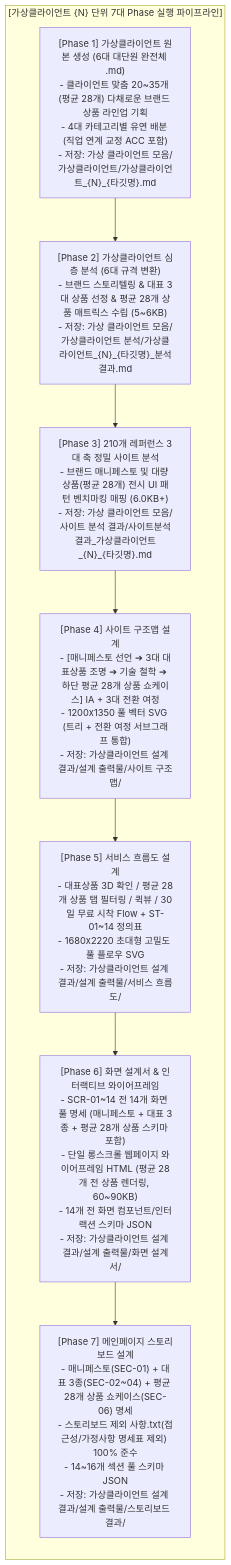
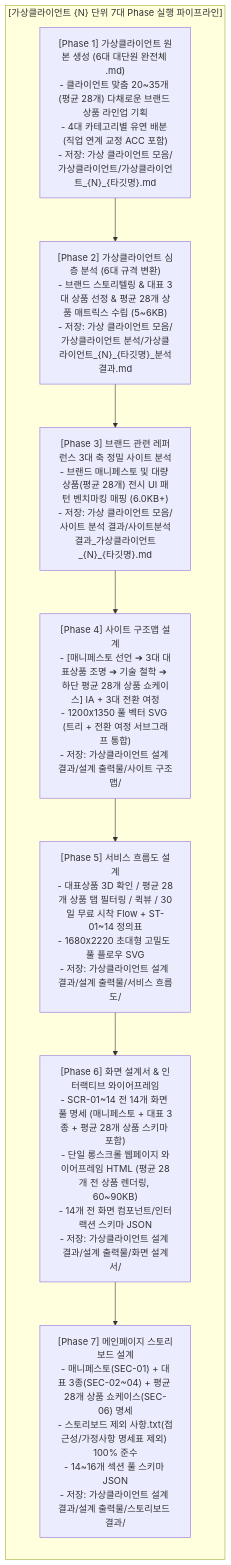
Before and after one commit to dladusdn4562-bot/wireframe: the diagram in md_skill/통합_자동화/SKILL.md, drawn with Mermaid. The commit also changed other lines of this file and 21 other files, not shown here.

````diff
--- a/md_skill/통합_자동화/SKILL.md
+++ b/md_skill/통합_자동화/SKILL.md
@@ -55,15 +55,15 @@
 ```mermaid
 flowchart TD
     subgraph Pipeline["[가상클라이언트 {N} 단위 7대 Phase 실행 파이프라인]"]
         direction TB
         P1["[Phase 1] 가상클라이언트 원본 생성 (6대 대단원 완전체 .md)\n- 클라이언트 맞춤 20~35개 (평균 28개) 다채로운 브랜드 상품 라인업 기획\n- 4대 카테고리별 유연 배분 (직업 연계 교정 ACC 포함)\n- 저장: 가상 클라이언트 모음/가상클라이언트/가상클라이언트_{N}_{타깃명}.md"]
         P2["[Phase 2] 가상클라이언트 심층 분석 (6대 규격 변환)\n- 브랜드 스토리텔링 & 대표 3대 상품 선정 & 평균 28개 상품 매트릭스 수립 (5~6KB)\n- 저장: 가상 클라이언트 모음/가상클라이언트 분석/가상클라이언트_{N}_{타깃명}_분석결과.md"]
-        P3["[Phase 3] 210개 레퍼런스 3대 축 정밀 사이트 분석\n- 브랜드 매니페스토 및 대량 상품(평균 28개) 전시 UI 패턴 벤치마킹 매핑 (6.0KB+)\n- 저장: 가상 클라이언트 모음/사이트 분석 결과/사이트분석결과_가상클라이언트_{N}_{타깃명}.md"]
+        P3["[Phase 3] 브랜드 관련 레퍼런스 3대 축 정밀 사이트 분석\n- 브랜드 매니페스토 및 대량 상품(평균 28개) 전시 UI 패턴 벤치마킹 매핑 (6.0KB+)\n- 저장: 가상 클라이언트 모음/사이트 분석 결과/사이트분석결과_가상클라이언트_{N}_{타깃명}.md"]
         P4["[Phase 4] 사이트 구조맵 설계\n- [매니페스토 선언 ➔ 3대 대표상품 조명 ➔ 기술 철학 ➔ 하단 평균 28개 상품 쇼케이스] IA + 3대 전환 여정\n- 1200x1350 풀 벡터 SVG (트리 + 전환 여정 서브그래프 통합)\n- 저장: 가상클라이언트 설계 결과/설계 출력물/사이트 구조맵/"]
         P5["[Phase 5] 서비스 흐름도 설계\n- 대표상품 3D 확인 / 평균 28개 상품 탭 필터링 / 퀵뷰 / 30일 무료 시착 Flow + ST-01~14 정의표\n- 1680x2220 초대형 고밀도 풀 플로우 SVG\n- 저장: 가상클라이언트 설계 결과/설계 출력물/서비스 흐름도/"]
         P6["[Phase 6] 화면 설계서 & 인터랙티브 와이어프레임\n- SCR-01~14 전 14개 화면 풀 명세 (매니페스토 + 대표 3종 + 평균 28개 상품 스키마 포함)\n- 단일 롱스크롤 웹페이지 와이어프레임 HTML (평균 28개 전 상품 렌더링, 60~90KB)\n- 14개 전 화면 컴포넌트/인터랙션 스키마 JSON\n- 저장: 가상클라이언트 설계 결과/설계 출력물/화면 설계서/"]
         P7["[Phase 7] 메인페이지 스토리보드 설계\n- 매니페스토(SEC-01) + 대표 3종(SEC-02~04) + 평균 28개 상품 쇼케이스(SEC-06) 명세\n- 스토리보드 제외 사항.txt(접근성/가정사항 명세표 제외) 100% 준수\n- 14~16개 섹션 풀 스키마 JSON\n- 저장: 가상클라이언트 설계 결과/설계 출력물/스토리보드 결과/"]
 
         P1 --> P2 --> P3 --> P4 --> P5 --> P6 --> P7
     end
 ```
````
